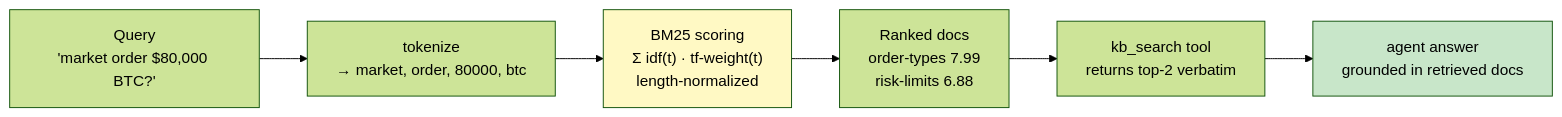
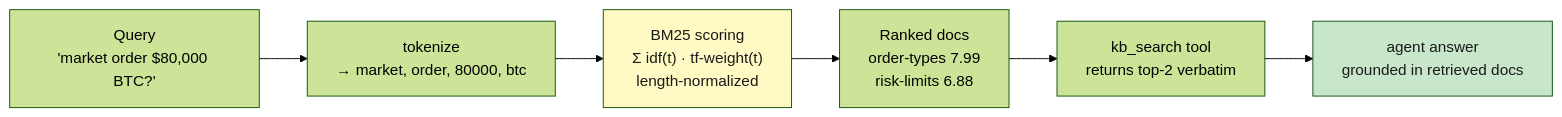
The second of 2 diagrams in Langchain-Labs/Lab9(Advanced)/lab-runtime-and-retrieval.md (CogKnowEdge-Solutions/Orchestration), drawn with Mermaid (forest theme) before and after one commit. The commit also changed 8 other files, not shown here.

Commit message:
Labs: make mermaid text visible and mix diagram orientations

````diff
--- a/Langchain-Labs/Lab9(Advanced)/lab-runtime-and-retrieval.md
+++ b/Langchain-Labs/Lab9(Advanced)/lab-runtime-and-retrieval.md
@@ -129,14 +129,14 @@
 ```mermaid
 graph LR
     Q["Query<br/>'market order $80,000 BTC?'"]
     TOK["tokenize<br/>→ market, order, 80000, btc"]
     BM["BM25 scoring<br/>Σ idf(t) · tf-weight(t)<br/>length-normalized"]
     R["Ranked docs<br/>order-types 7.99<br/>risk-limits 6.88"]
     TOOL["kb_search tool<br/>returns top-2 verbatim"]
     AG["agent answer<br/>grounded in retrieved docs"]
 
     Q --> TOK --> BM --> R --> TOOL
     TOOL --> AG
-    style BM fill:#fff9c4
-    style AG fill:#c8e6c9
+    style BM fill:#fff9c4,color:#1a1a1a
+    style AG fill:#c8e6c9,color:#1a1a1a
 ```
````
